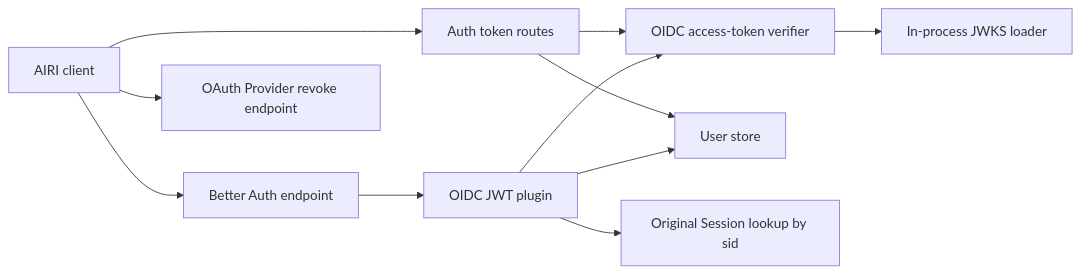
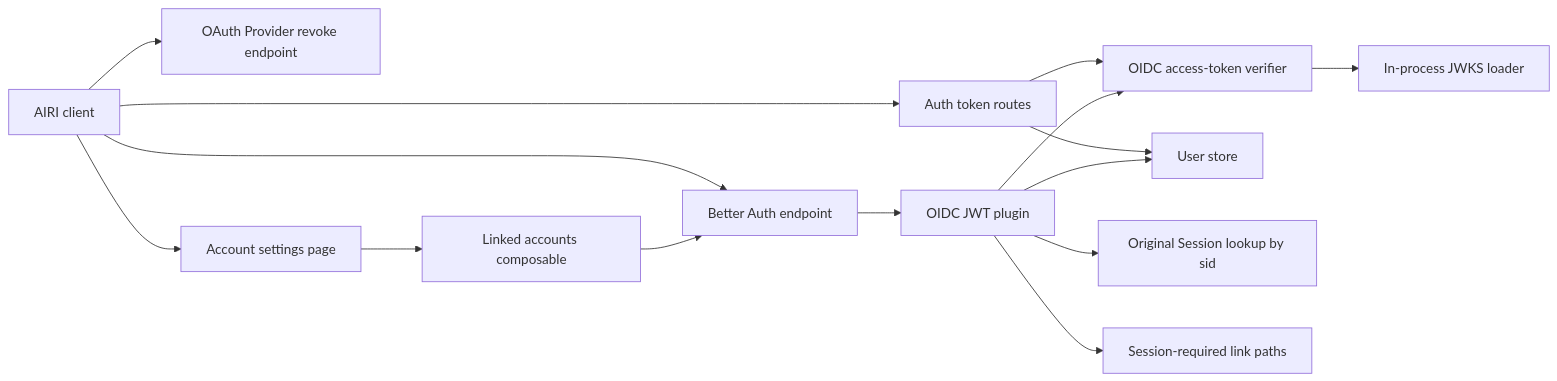
The second of 3 diagrams in server/docs/ai/adr/2026-09-20-oidc-jwt-session-boundary.md (moeru-ai/airi), drawn with Mermaid before and after one commit. The commit also changed other lines of this file and 8 other files, not shown here.

First line of the commit message:
fix(auth,stage-ui): require an active session to link an account (#3489)

````diff
--- a/server/docs/ai/adr/2026-09-20-oidc-jwt-session-boundary.md
+++ b/server/docs/ai/adr/2026-09-20-oidc-jwt-session-boundary.md
@@ -118,13 +146,17 @@
 ```mermaid
 flowchart LR
   Client[AIRI client] --> Routes[Auth token routes]
   Client --> BetterAuth[Better Auth endpoint]
   Routes --> Verifier[OIDC access-token verifier]
   BetterAuth --> Plugin[OIDC JWT plugin]
   Plugin --> Verifier
   Verifier --> JWKS[In-process JWKS loader]
   Client --> Revoke[OAuth Provider revoke endpoint]
   Routes --> User[User store]
   Plugin --> User
   Plugin --> Session[Original Session lookup by sid]
+  Plugin --> LinkPaths[Session-required link paths]
+  Client --> Settings[Account settings page]
+  Settings --> Linked[Linked accounts composable]
+  Linked --> BetterAuth
 ```
````
